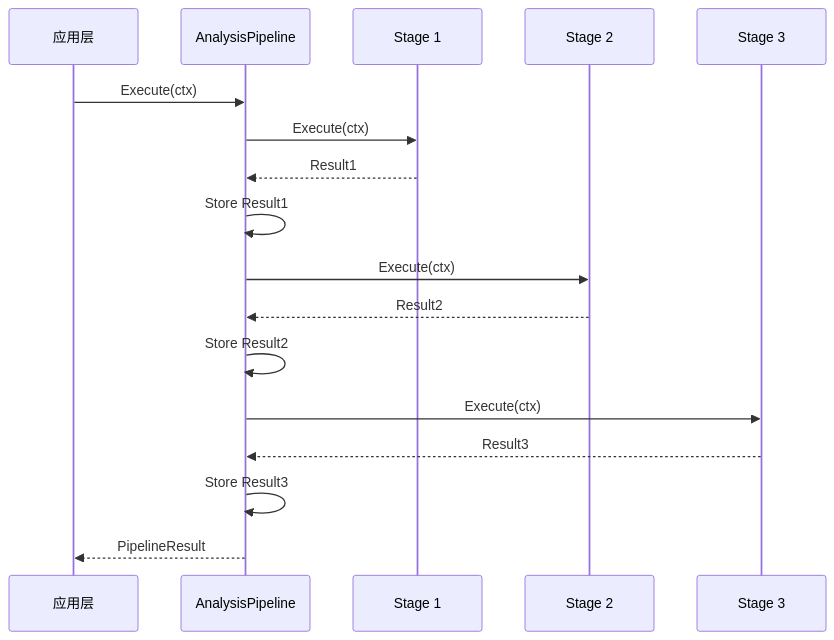
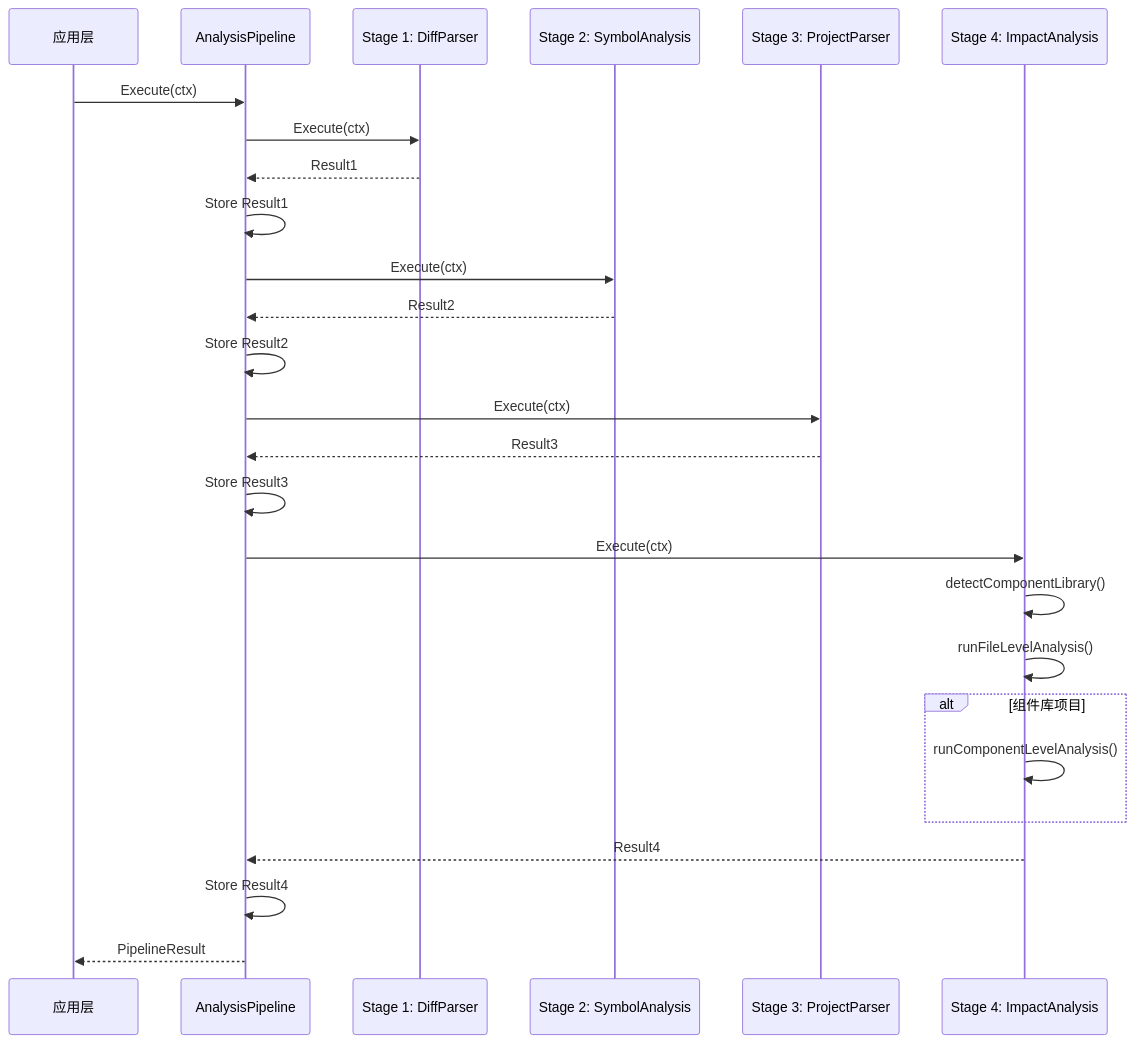
One commit to Flying-Bird1999/analyzer-ts changed the third of 13 diagrams in pkg/ARCHITECTURE.md. Above: the diagram before and after it, drawn with Mermaid. The commit also changed other lines of this file and 64 other files, not shown here.

````diff
--- a/pkg/ARCHITECTURE.md
+++ b/pkg/ARCHITECTURE.md
@@ -185,23 +201,33 @@
 ```mermaid
 sequenceDiagram
     participant App as 应用层
     participant Pipe as AnalysisPipeline
-    participant S1 as Stage 1
-    participant S2 as Stage 2
-    participant S3 as Stage 3
+    participant S1 as Stage 1: DiffParser
+    participant S2 as Stage 2: SymbolAnalysis
+    participant S3 as Stage 3: ProjectParser
+    participant S4 as Stage 4: ImpactAnalysis
 
     App->>Pipe: Execute(ctx)
     Pipe->>S1: Execute(ctx)
     S1-->>Pipe: Result1
     Pipe->>Pipe: Store Result1
 
     Pipe->>S2: Execute(ctx)
     S2-->>Pipe: Result2
     Pipe->>Pipe: Store Result2
 
     Pipe->>S3: Execute(ctx)
     S3-->>Pipe: Result3
     Pipe->>Pipe: Store Result3
 
+    Pipe->>S4: Execute(ctx)
+    S4->>S4: detectComponentLibrary()
+    S4->>S4: runFileLevelAnalysis()
+    alt 组件库项目
+        S4->>S4: runComponentLevelAnalysis()
+    end
+    S4-->>Pipe: Result4
+    Pipe->>Pipe: Store Result4
+
     Pipe-->>App: PipelineResult
 ```
````
